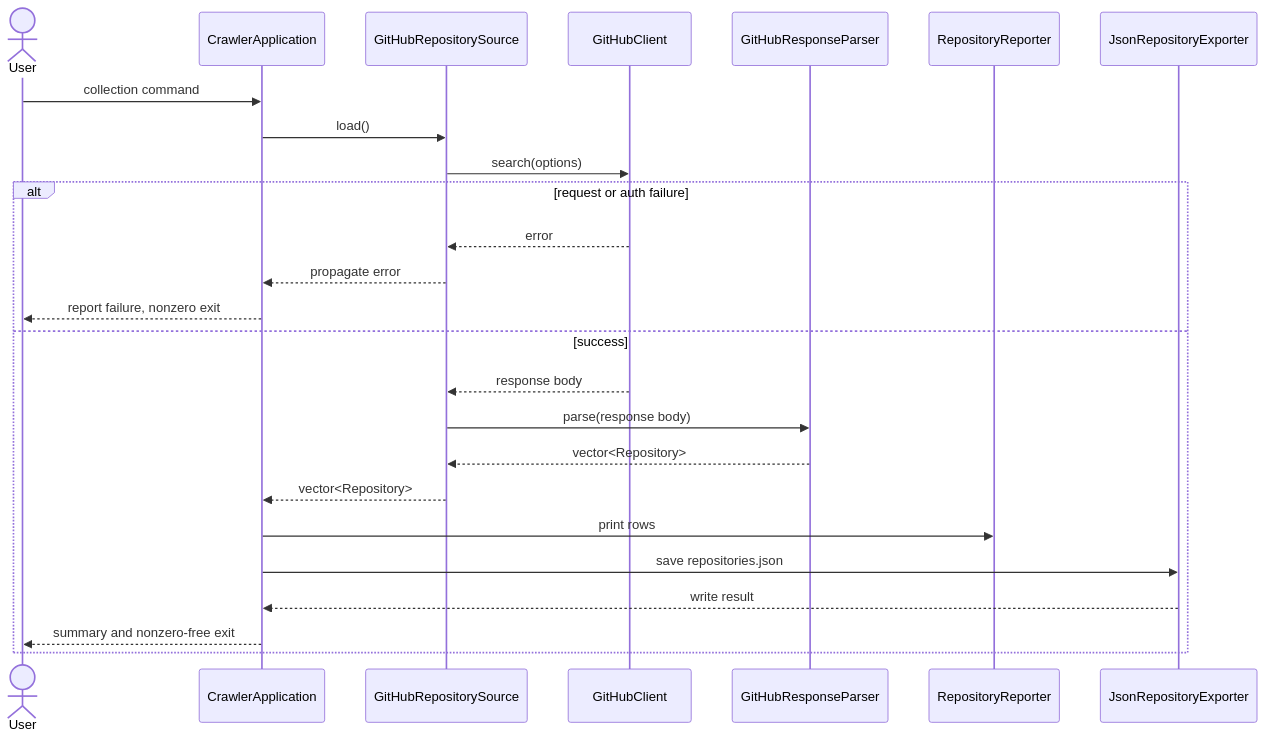
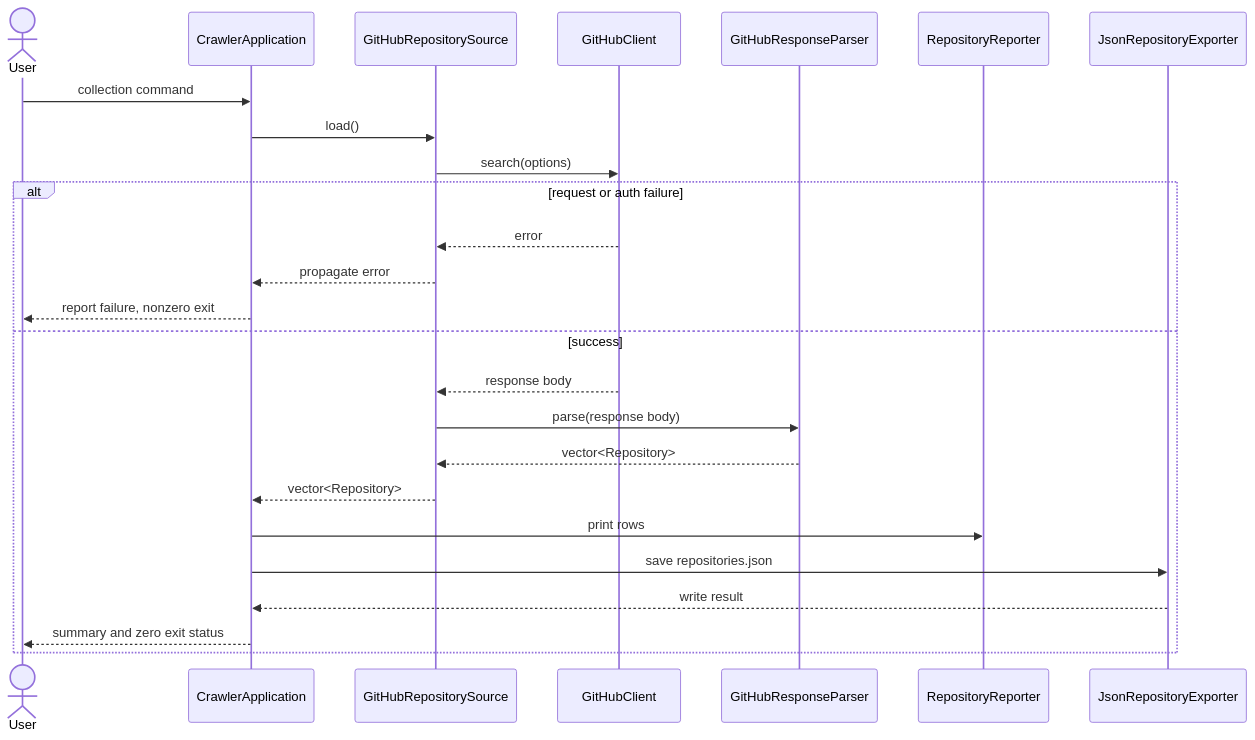
The first of 4 diagrams in design.md (brockmcdermott/github-project-crawler), drawn with Mermaid before and after one commit. The commit also changed other lines of this file, not shown here.

````diff
--- a/design.md
+++ b/design.md
@@ -150,28 +140,28 @@
 ```mermaid
 sequenceDiagram
     actor User
     participant App as CrawlerApplication
     participant Source as GitHubRepositorySource
     participant Client as GitHubClient
     participant Parser as GitHubResponseParser
     participant Reporter as RepositoryReporter
     participant Exporter as JsonRepositoryExporter
 
     User->>App: collection command
     App->>Source: load()
     Source->>Client: search(options)
     alt request or auth failure
         Client-->>Source: error
         Source-->>App: propagate error
         App-->>User: report failure, nonzero exit
     else success
         Client-->>Source: response body
         Source->>Parser: parse(response body)
         Parser-->>Source: vector<Repository>
         Source-->>App: vector<Repository>
         App->>Reporter: print rows
         App->>Exporter: save repositories.json
         Exporter-->>App: write result
-        App-->>User: summary and nonzero-free exit
+        App-->>User: summary and zero exit status
     end
 ```
````
